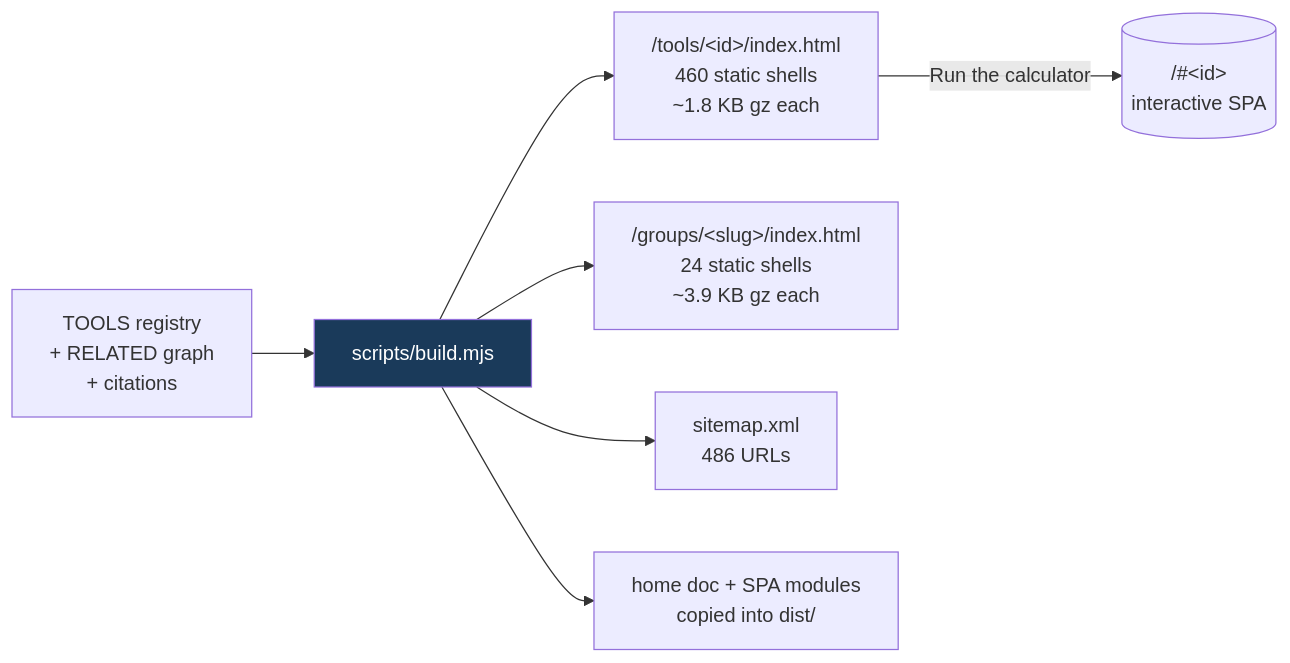
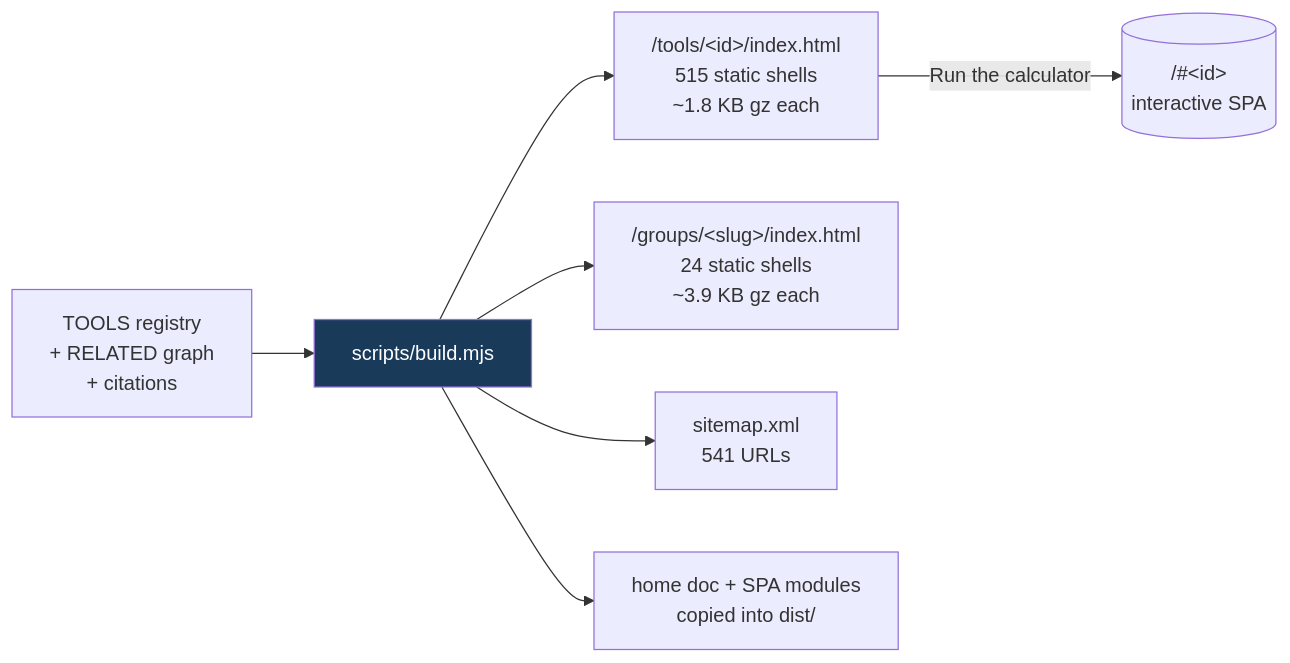
The third of 6 diagrams in README.md (clay-good/roughlogic.com), drawn with Mermaid before and after one commit. The commit also changed other lines of this file and 44 other files, not shown here.

````diff
--- a/README.md
+++ b/README.md
@@ -196,10 +198,10 @@
 ```mermaid
 flowchart LR
     SRC[TOOLS registry\n+ RELATED graph\n+ citations] --> BUILD[scripts/build.mjs]
-    BUILD --> TILE["/tools/&lt;id&gt;/index.html\n460 static shells\n~1.8 KB gz each"]
+    BUILD --> TILE["/tools/&lt;id&gt;/index.html\n515 static shells\n~1.8 KB gz each"]
     BUILD --> GROUP["/groups/&lt;slug&gt;/index.html\n24 static shells\n~3.9 KB gz each"]
-    BUILD --> MAP["sitemap.xml\n486 URLs"]
+    BUILD --> MAP["sitemap.xml\n541 URLs"]
     BUILD --> COPY[home doc + SPA modules\ncopied into dist/]
     TILE -->|Run the calculator| SPA[("/#&lt;id&gt;\ninteractive SPA")]
     style BUILD fill:#1a3a5a,color:#fff
 ```
````
